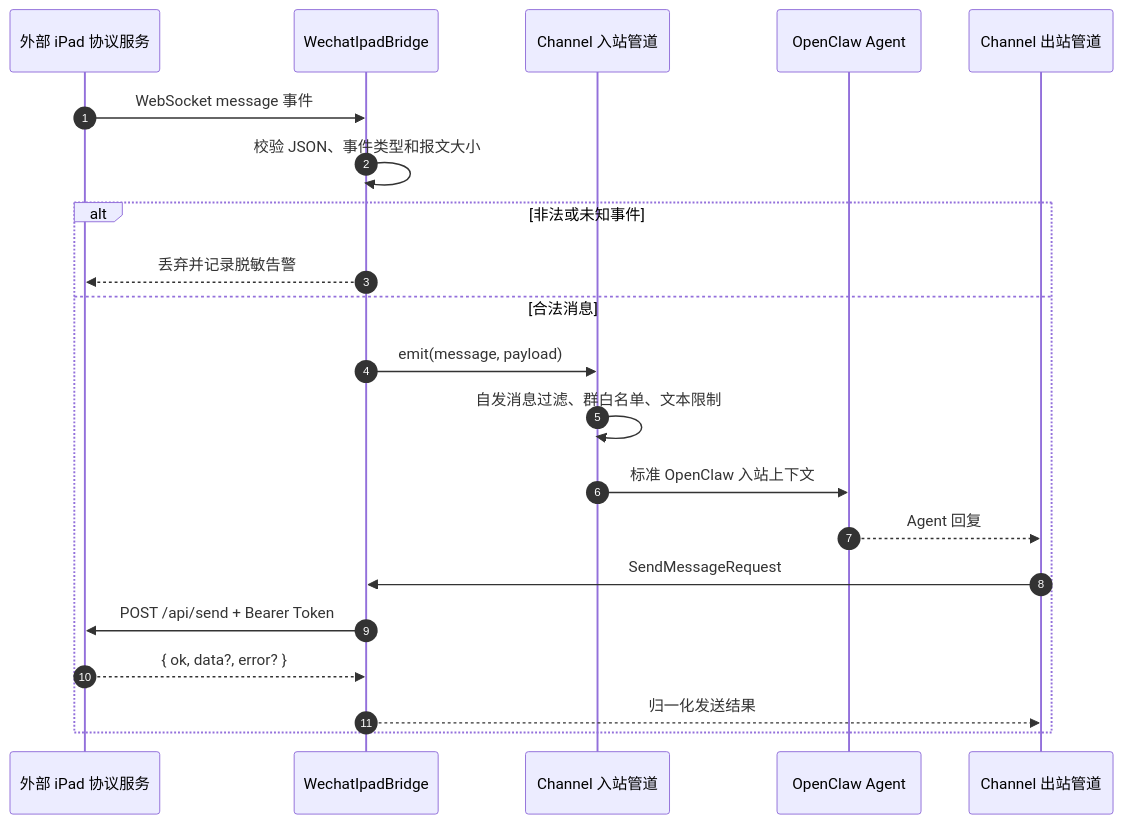
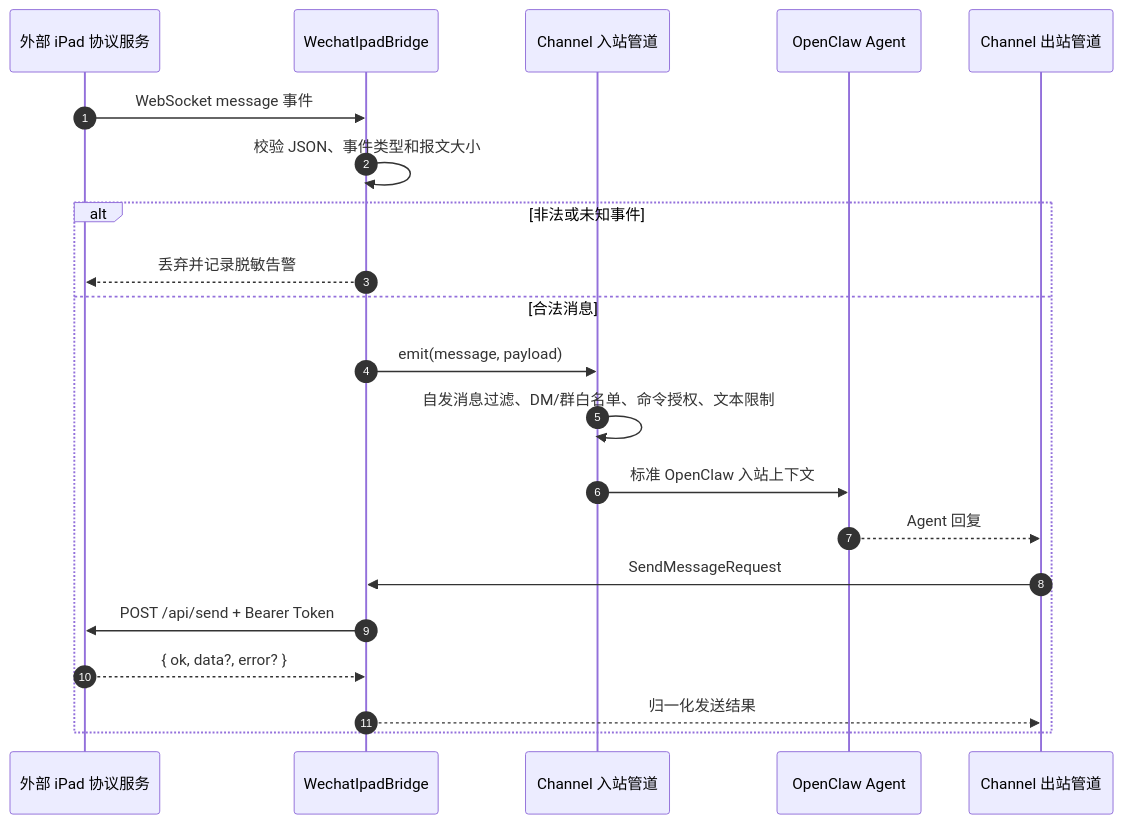
The second of 5 diagrams in extensions/wechat-ipad/README.md (partme-ai/openclaw-plugins), drawn with Mermaid before and after one commit. The commit also changed other lines of this file and 592 other files, not shown here.

First line of the commit message:
feat(e2e): 添加地图能力插件与微信抖音扩展功能

````diff
--- a/extensions/wechat-ipad/README.md
+++ b/extensions/wechat-ipad/README.md
@@ -32,24 +33,24 @@
 ```mermaid
 sequenceDiagram
     autonumber
     participant S as 外部 iPad 协议服务
     participant B as WechatIpadBridge
     participant I as Channel 入站管道
     participant A as OpenClaw Agent
     participant O as Channel 出站管道
 
     S->>B: WebSocket message 事件
     B->>B: 校验 JSON、事件类型和报文大小
     alt 非法或未知事件
         B-->>S: 丢弃并记录脱敏告警
     else 合法消息
         B->>I: emit(message, payload)
-        I->>I: 自发消息过滤、群白名单、文本限制
+        I->>I: 自发消息过滤、DM/群白名单、命令授权、文本限制
         I->>A: 标准 OpenClaw 入站上下文
         A-->>O: Agent 回复
         O->>B: SendMessageRequest
         B->>S: POST /api/send + Bearer Token
         S-->>B: { ok, data?, error? }
         B-->>O: 归一化发送结果
     end
 ```
````
